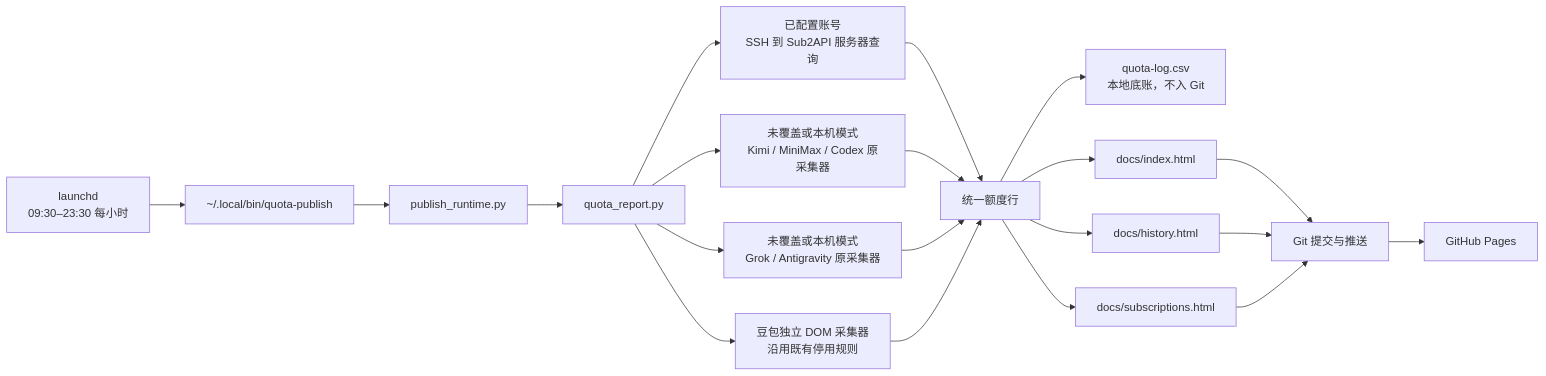
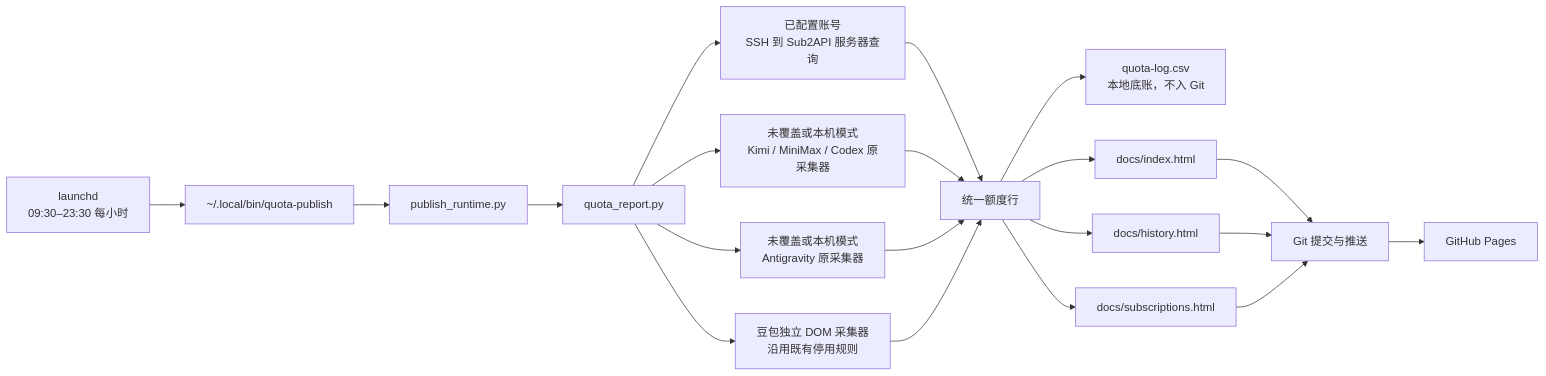
The first of 2 diagrams in docs/project-design.md (insistgang/ai-quota-monitor), drawn with Mermaid before and after one commit. The commit also changed other lines of this file and 11 other files, not shown here.

````diff
--- a/docs/project-design.md
+++ b/docs/project-design.md
@@ -19,22 +19,22 @@
 ```mermaid
 flowchart LR
     A[launchd<br/>09:30–23:30 每小时] --> B[~/.local/bin/quota-publish]
     B --> C[publish_runtime.py]
     C --> D[quota_report.py]
     D --> S[已配置账号<br/>SSH 到 Sub2API 服务器查询]
     D --> E1[未覆盖或本机模式<br/>Kimi / MiniMax / Codex 原采集器]
-    D --> E2[未覆盖或本机模式<br/>Grok / Antigravity 原采集器]
+    D --> E2[未覆盖或本机模式<br/>Antigravity 原采集器]
     D --> E3[豆包独立 DOM 采集器<br/>沿用既有停用规则]
     S --> F
     E1 --> F[统一额度行]
     E2 --> F
     E3 --> F
     F --> G[quota-log.csv<br/>本地底账，不入 Git]
     F --> H[docs/index.html]
     F --> I[docs/history.html]
     F --> J[docs/subscriptions.html]
     H --> K[Git 提交与推送]
     I --> K
     J --> K
     K --> L[GitHub Pages]
 ```
````
